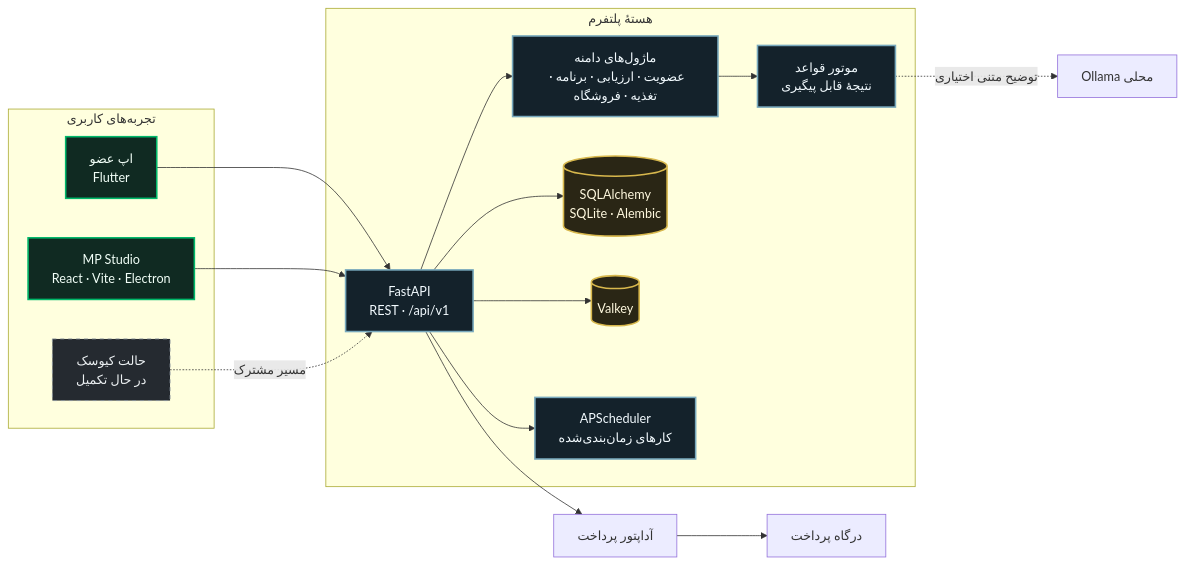
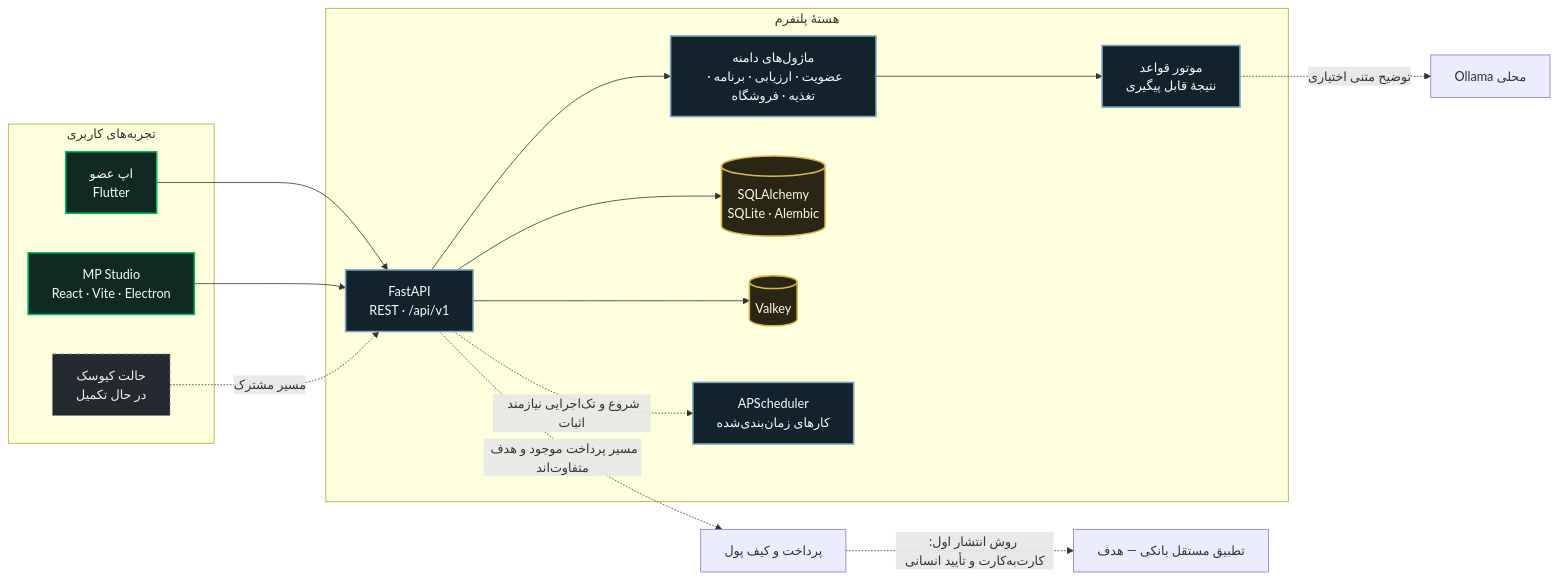
One commit to yousefghorbanian98-create/MP changed the second of 2 diagrams in README.md. Above: the diagram before and after it, drawn with Mermaid. The commit also changed other lines of this file and 46 other files, not shown here.

Commit message:
Record project handoff, prerequisites and scoped architecture map

````diff
--- a/README.md
+++ b/README.md
@@ -85,38 +89,38 @@
 ```mermaid
 flowchart LR
     subgraph Clients[تجربه‌های کاربری]
         MEMBER[اپ عضو<br/>Flutter]
         STUDIO[MP Studio<br/>React · Vite · Electron]
         KIOSK[حالت کیوسک<br/>در حال تکمیل]
     end
 
     subgraph Core[هستهٔ پلتفرم]
         API[FastAPI<br/>REST · /api/v1]
         DOMAIN[ماژول‌های دامنه<br/>عضویت · ارزیابی · برنامه · تغذیه · فروشگاه]
         RULES[موتور قواعد<br/>نتیجهٔ قابل پیگیری]
         DB[(SQLAlchemy<br/>SQLite · Alembic)]
         CACHE[(Valkey)]
         JOBS[APScheduler<br/>کارهای زمان‌بندی‌شده]
     end
 
     MEMBER --> API
     STUDIO --> API
     KIOSK -. مسیر مشترک .-> API
     API --> DOMAIN
     DOMAIN --> RULES
     API --> DB
     API --> CACHE
-    API --> JOBS
+    API -. شروع و تک‌اجرایی نیازمند اثبات .-> JOBS
     RULES -. توضیح متنی اختیاری .-> LLM[Ollama محلی]
-    API --> PAY[آداپتور پرداخت]
-    PAY --> GATEWAY[درگاه پرداخت]
+    API -. مسیر پرداخت موجود و هدف متفاوت‌اند .-> PAY[پرداخت و کیف پول]
+    PAY -. روش انتشار اول: کارت‌به‌کارت و تأیید انسانی .-> BANK[تطبیق مستقل بانکی — هدف]
 
     classDef client fill:#102a22,stroke:#00b86a,color:#f2fff8,stroke-width:2px
     classDef api fill:#14222b,stroke:#78a9bd,color:#f3fbff,stroke-width:2px
     classDef data fill:#2a2615,stroke:#d8b84d,color:#fff9df,stroke-width:2px
     classDef planned fill:#252a30,stroke:#87939b,color:#edf1f3,stroke-dasharray:5 5
     class MEMBER,STUDIO client
     class KIOSK planned
     class API,DOMAIN,RULES,JOBS api
     class DB,CACHE data
 ```
````
